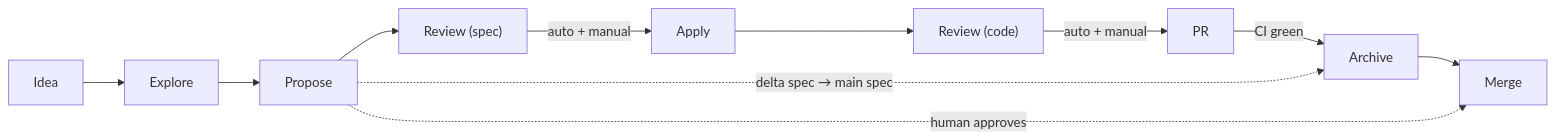
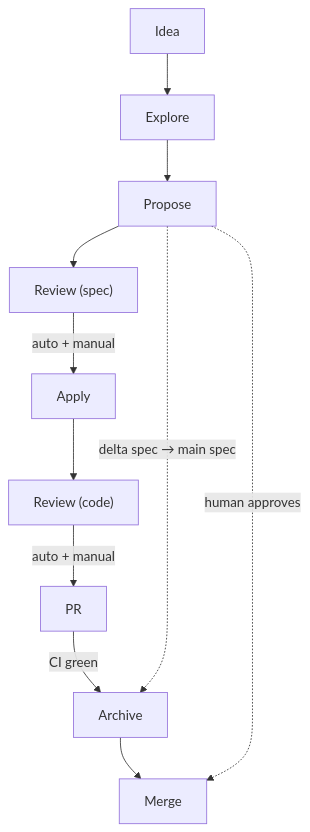
The third of 3 diagrams in README.md (aanbrn/axon-showcase), drawn with Mermaid before and after one commit. The commit also changed other lines of this file, not shown here.

First line of the commit message:
Fit the Mermaid diagrams clear of GitHub's toolbar

````diff
--- a/README.md
+++ b/README.md
@@ -202,12 +201,12 @@
 ```mermaid
-flowchart LR
+flowchart TB
     Idea --> Explore --> Propose
     Propose --> Review1["Review (spec)"]
     Review1 -->|"auto + manual"| Apply
     Apply --> Review2["Review (code)"]
     Review2 -->|"auto + manual"| PR
     PR -->|"CI green"| Archive
     Archive --> Merge
     Propose -.->|"human approves"| Merge
     Propose -.->|"delta spec → main spec"| Archive
 ```
````
